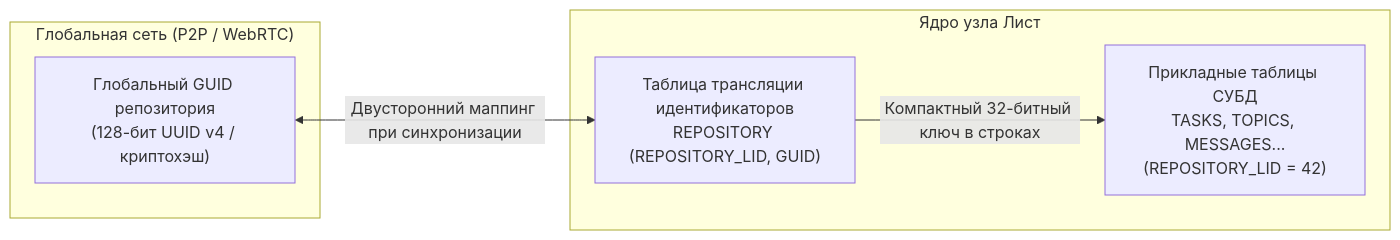
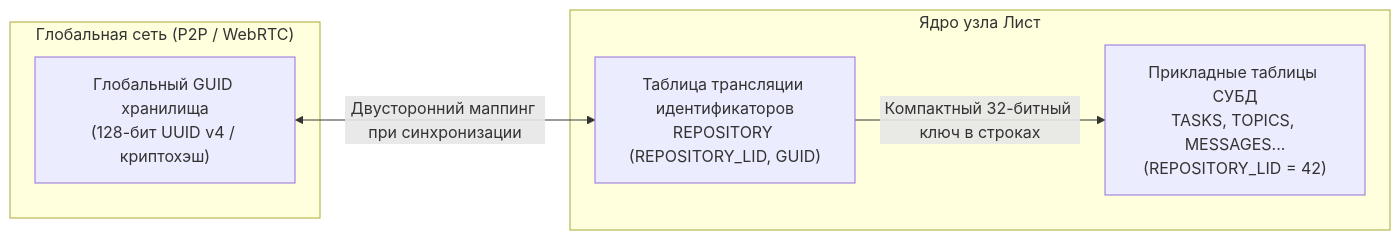
Before and after one commit to Data-Independence-Network/presentations: the second of 11 diagrams in architecture_presentations/02_leaf_storage_engine/docs/presentation_deck.md, drawn with Mermaid. The commit also changed other lines of this file and 28 other files, not shown here.

```diff
--- a/architecture_presentations/02_leaf_storage_engine/docs/presentation_deck.md
+++ b/architecture_presentations/02_leaf_storage_engine/docs/presentation_deck.md
@@ -153,14 +153,14 @@
         <div class="mermaid">
 graph LR
     subgraph GlobalNet["Глобальная сеть (P2P / WebRTC)"]
-        GUID["Глобальный GUID репозитория<br/>(128-бит UUID v4 / криптохэш)"]
+        GUID["Глобальный GUID хранилища<br/>(128-бит UUID v4 / криптохэш)"]
     end
 
     subgraph LeafEngine["Ядро узла Лист"]
         VirtMap["Таблица трансляции идентификаторов<br/>REPOSITORY (REPOSITORY_LID, GUID)"]
         Tables["Прикладные таблицы СУБД<br/>TASKS, TOPICS, MESSAGES...<br/>(REPOSITORY_LID = 42)"]
     end
 
     GUID <-->|Двусторонний маппинг при синхронизации| VirtMap
     VirtMap -->|Компактный 32-битный ключ в строках| Tables
         </div>
```
